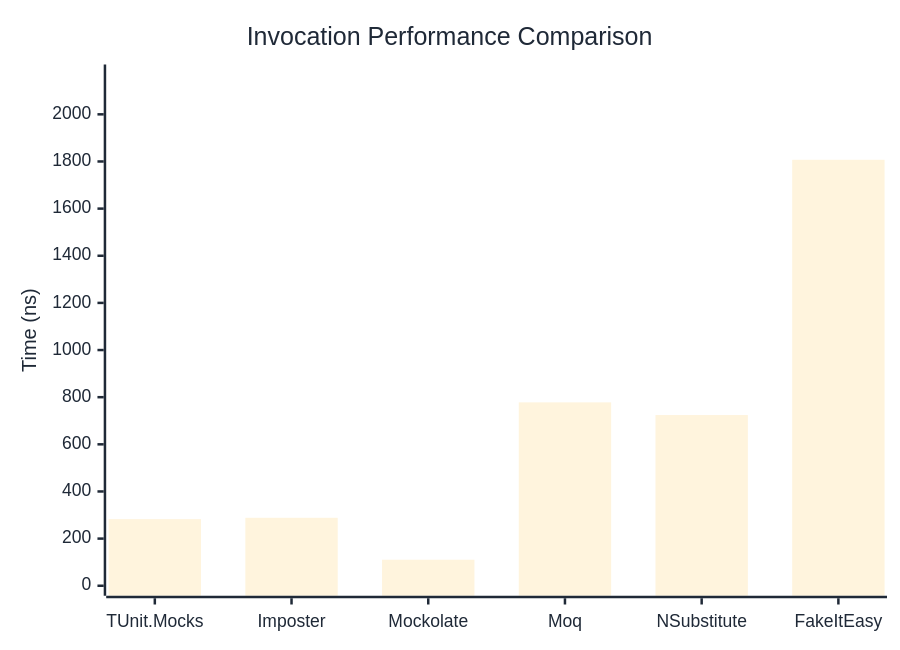
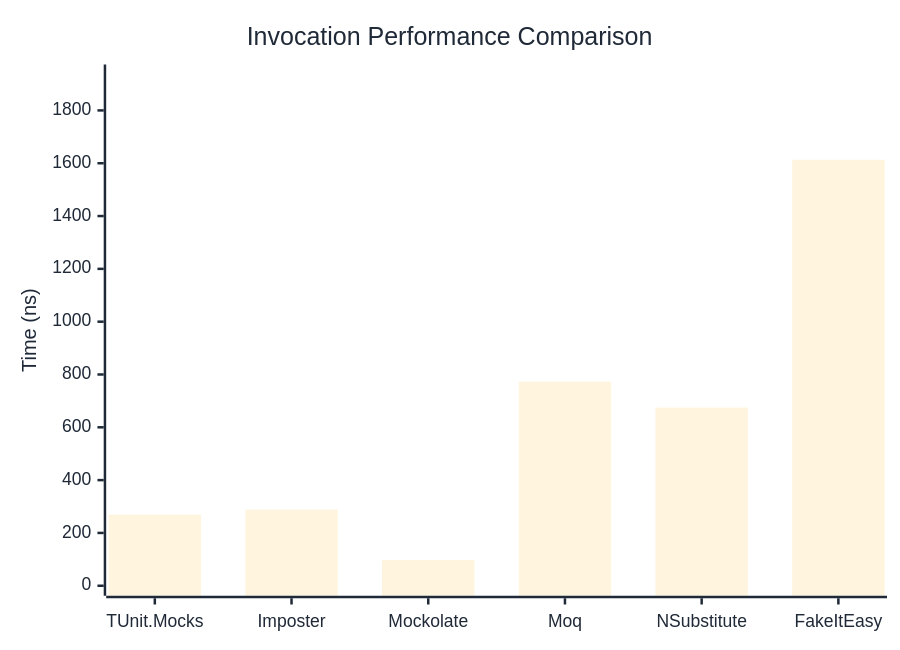
The first of 3 diagrams in docs/docs/benchmarks/mocks/Invocation.md (thomhurst/TUnit), drawn with Mermaid before and after one commit. The commit also changed other lines of this file and 14 other files, not shown here.

````diff
--- a/docs/docs/benchmarks/mocks/Invocation.md
+++ b/docs/docs/benchmarks/mocks/Invocation.md
@@ -30,27 +30,27 @@
 ```mermaid
 %%{init: {
   'theme':'base',
   'themeVariables': {
     'primaryColor': '#2563eb',
     'primaryTextColor': '#1f2937',
     'primaryBorderColor': '#1e40af',
     'lineColor': '#6b7280',
     'secondaryColor': '#7c3aed',
     'tertiaryColor': '#dc2626',
     'background': '#ffffff',
     'pie1': '#2563eb',
     'pie2': '#7c3aed',
     'pie3': '#dc2626',
     'pie4': '#f59e0b',
     'pie5': '#10b981',
     'pie6': '#06b6d4',
     'pie7': '#ec4899',
     'pie8': '#6366f1'
   }
 }}%%
 xychart-beta
   title "Invocation Performance Comparison"
   x-axis ["TUnit.Mocks", "Imposter", "Mockolate", "Moq", "NSubstitute", "FakeItEasy"]
-  y-axis "Time (ns)" 0 --> 2169
-  bar [282.6, 288.3, 110.4, 778.1, 724.2, 1807.1]
+  y-axis "Time (ns)" 0 --> 1936
+  bar [269.1, 288.28, 97.12, 772.7, 674.66, 1612.88]
 ```
````
